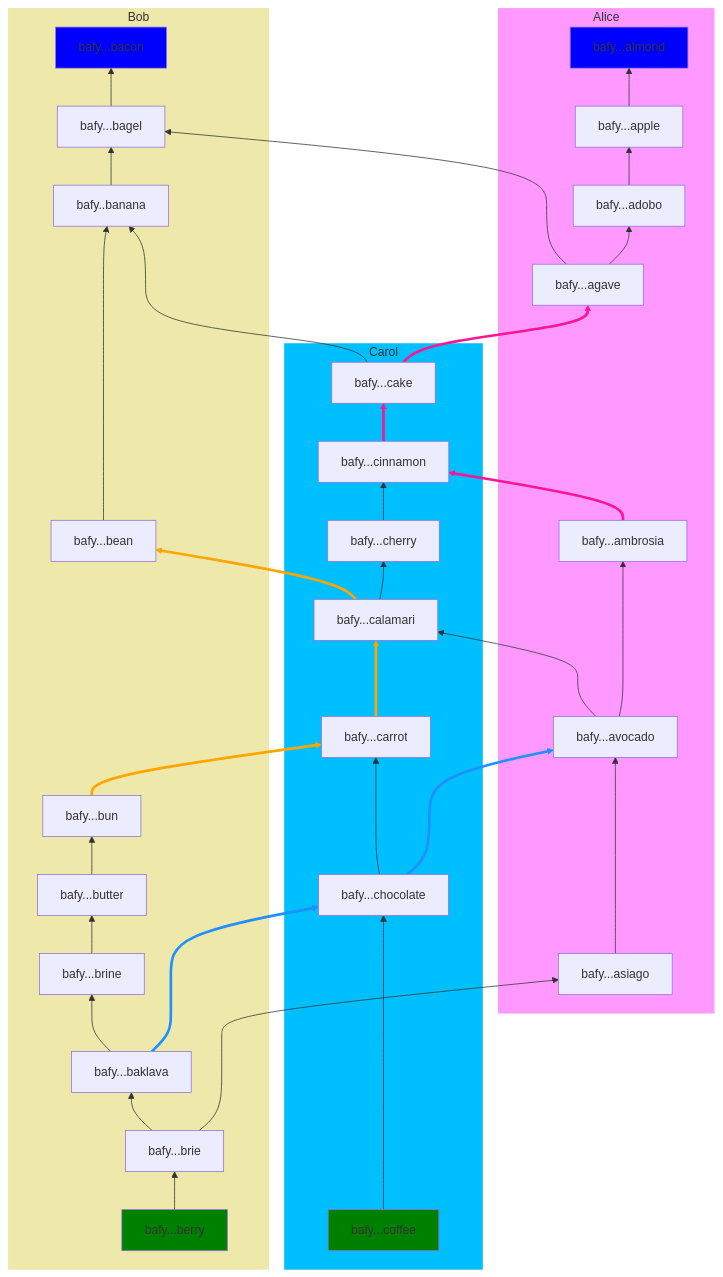
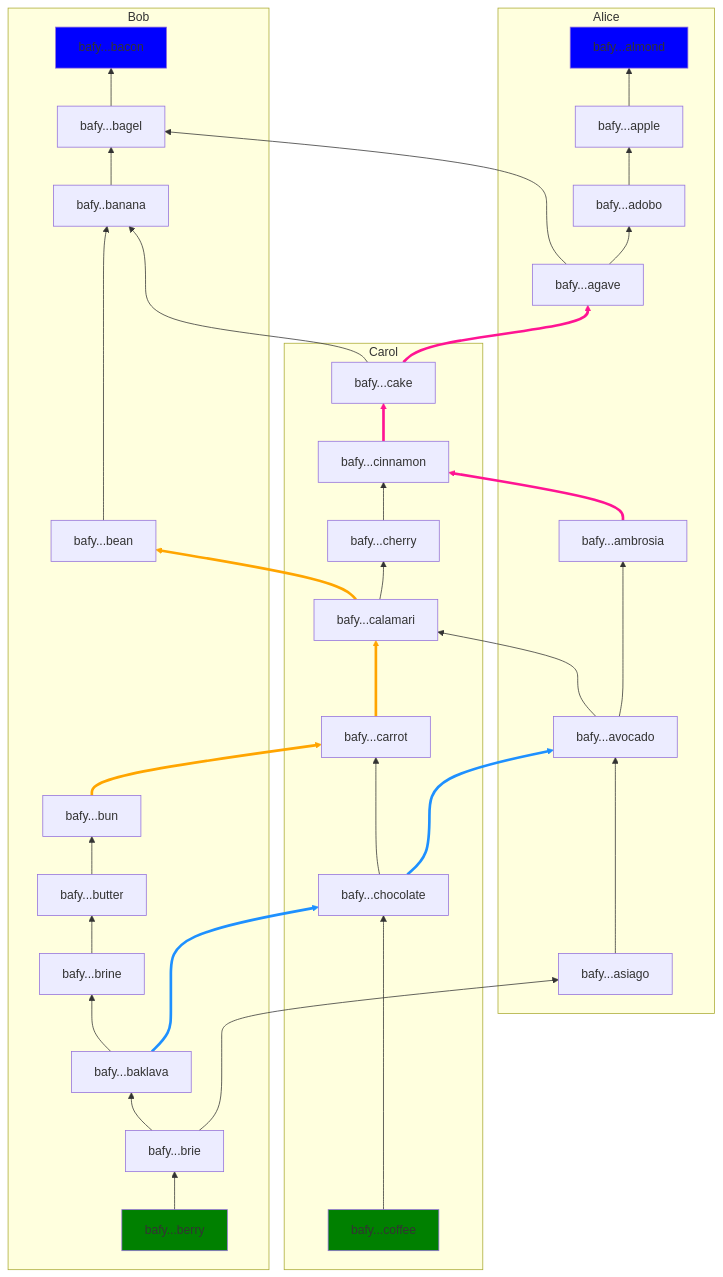
The fifth of 7 diagrams in README.md (RhizomeDB/spec), drawn with Mermaid before and after one commit. The commit also changed other lines of this file, not shown here.

```diff
--- a/README.md
+++ b/README.md
@@ -488,7 +490,7 @@
     classDef genesis fill: blue;
     classDef head    fill: green;
 
-    style Alice fill:#f9f, stroke-width: 0
+    %% style Alice fill:#f9f, stroke-width: 0
     subgraph Alice
         almond[bafy...almond]:::genesis
         apple[bafy...apple]
@@ -499,7 +501,7 @@
         asiago[bafy...asiago]
     end
 
-    style Bob fill: PaleGoldenRod, stroke-width: 0
+    %% style Bob fill: PaleGoldenRod, stroke-width: 0
     subgraph Bob
         bacon[bafy...bacon]:::genesis
         bagel[bafy...bagel]
@@ -513,7 +515,7 @@
         berry[bafy...berry]:::head
     end
 
-    style Carol fill: DeepSkyBlue, stroke-width: 0
+    %% style Carol fill: DeepSkyBlue, stroke-width: 0
     subgraph Carol
       cake[bafy...cake]
       cinnamon[bafy...cinnamon]
```
